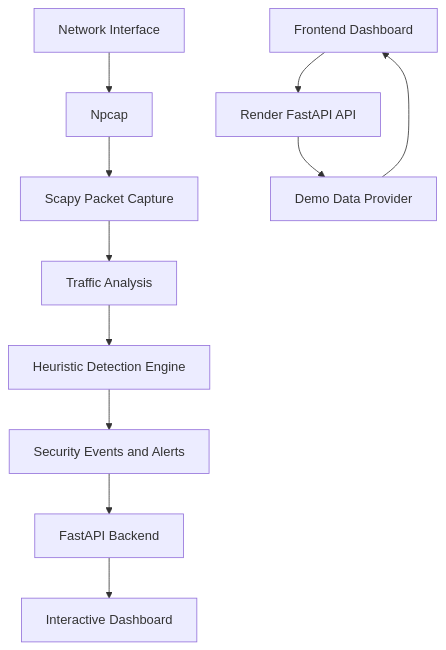
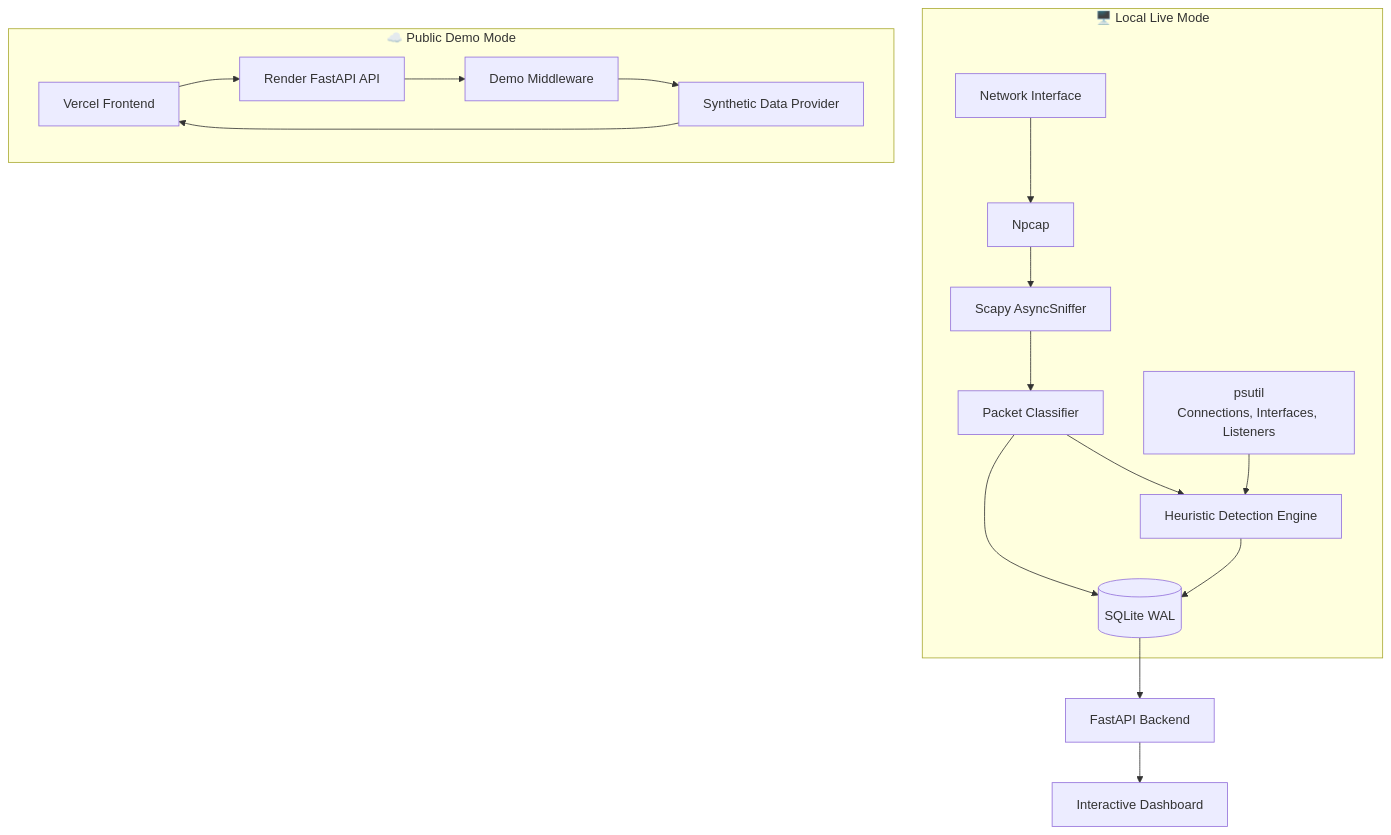
Before and after one commit to Ayushcodes-hub/NETWORK-WATCH: the second of 4 diagrams in README.md, drawn with Mermaid. The commit also changed other lines of this file, not shown here.

````diff
--- a/README.md
+++ b/README.md
@@ -100,14 +171,22 @@
 ```mermaid
 flowchart TD
-    A[Network Interface] --> B[Npcap]
-    B --> C[Scapy Packet Capture]
-    C --> D[Traffic Analysis]
-    D --> E[Heuristic Detection Engine]
-    E --> F[Security Events and Alerts]
+    subgraph LOCAL["🖥️ Local Live Mode"]
+        A[Network Interface] --> B[Npcap]
+        B --> C[Scapy AsyncSniffer]
+        C --> D[Packet Classifier]
+        D --> E[Heuristic Detection Engine]
+        PS[psutil<br/>Connections, Interfaces, Listeners] --> E
+        D --> F[(SQLite WAL)]
+        E --> F
+    end
+
     F --> G[FastAPI Backend]
     G --> H[Interactive Dashboard]
 
-    I[Frontend Dashboard] --> J[Render FastAPI API]
-    J --> K[Demo Data Provider]
-    K --> I
+    subgraph CLOUD["☁️ Public Demo Mode"]
+        I[Vercel Frontend] --> J[Render FastAPI API]
+        J --> K[Demo Middleware]
+        K --> L[Synthetic Data Provider]
+        L --> I
+    end
 ```
````
